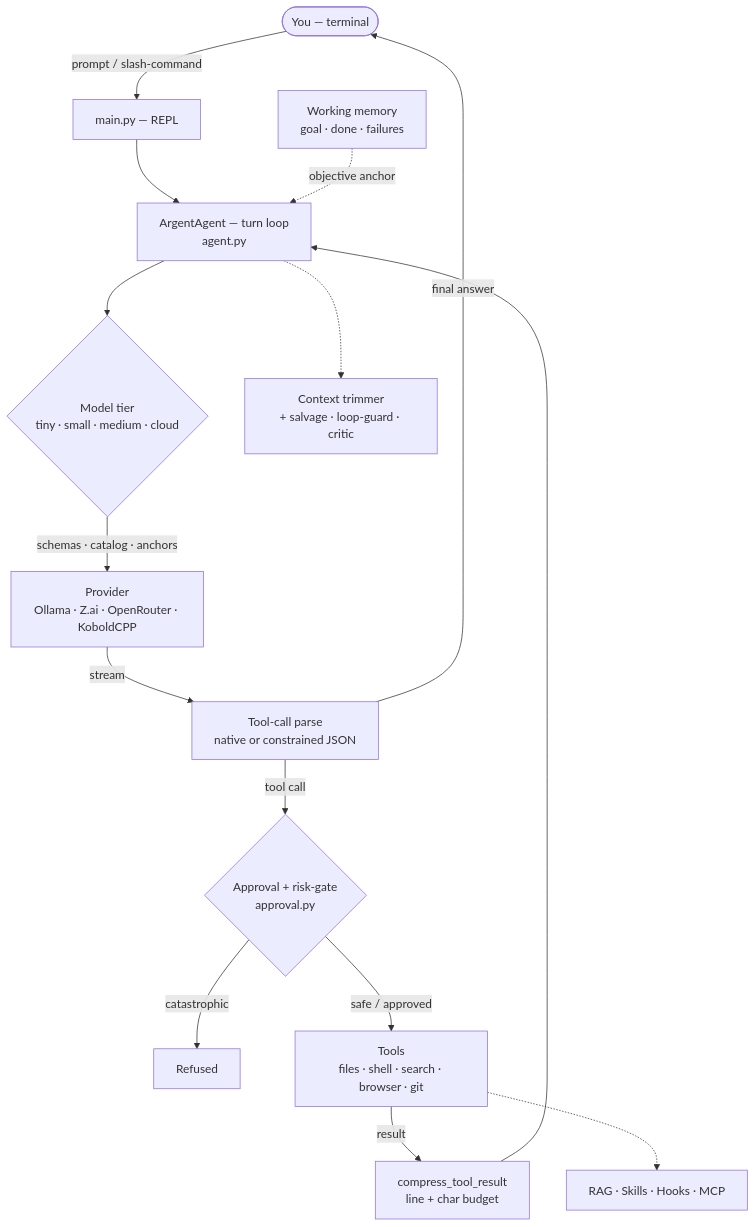
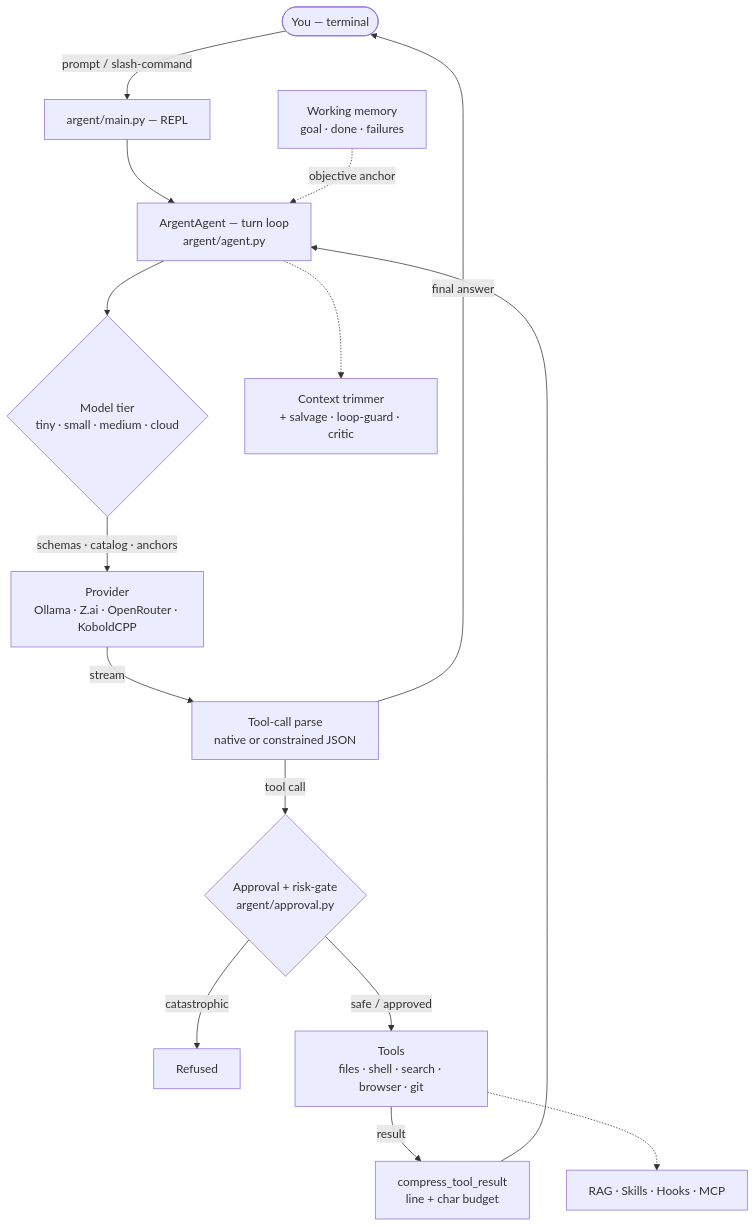
Before and after one commit to Aslan008/Argent: the diagram in README.md, drawn with Mermaid. The commit also changed other lines of this file and 931 other files, not shown here.

````diff
--- a/README.md
+++ b/README.md
@@ -20,20 +20,20 @@
 ```mermaid
 flowchart TD
-    User(["You — terminal"]) -->|"prompt / slash-command"| REPL["main.py — REPL"]
-    REPL --> Agent["ArgentAgent — turn loop<br/>agent.py"]
+    User(["You — terminal"]) -->|"prompt / slash-command"| REPL["argent/main.py — REPL"]
+    REPL --> Agent["ArgentAgent — turn loop<br/>argent/agent.py"]
 
     Agent --> Strategy{"Model tier<br/>tiny · small · medium · cloud"}
     Strategy -->|"schemas · catalog · anchors"| Provider["Provider<br/>Ollama · Z.ai · OpenRouter · KoboldCPP"]
     Provider -->|"stream"| Parse["Tool-call parse<br/>native or constrained JSON"]
 
     Parse -->|"final answer"| User
-    Parse -->|"tool call"| Guard{"Approval + risk-gate<br/>approval.py"}
+    Parse -->|"tool call"| Guard{"Approval + risk-gate<br/>argent/approval.py"}
     Guard -->|"catastrophic"| Refuse["Refused"]
     Guard -->|"safe / approved"| Tools["Tools<br/>files · shell · search · browser · git"]
     Tools -->|"result"| Compress["compress_tool_result<br/>line + char budget"]
     Compress --> Agent
 
     Memory["Working memory<br/>goal · done · failures"] -.->|"objective anchor"| Agent
     Agent -.-> Resilience["Context trimmer<br/>+ salvage · loop-guard · critic"]
     Tools -.-> Knowledge["RAG · Skills · Hooks · MCP"]
 ```
````
